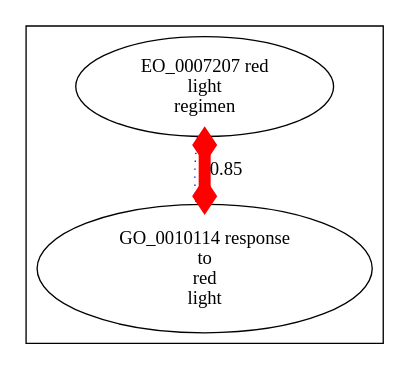
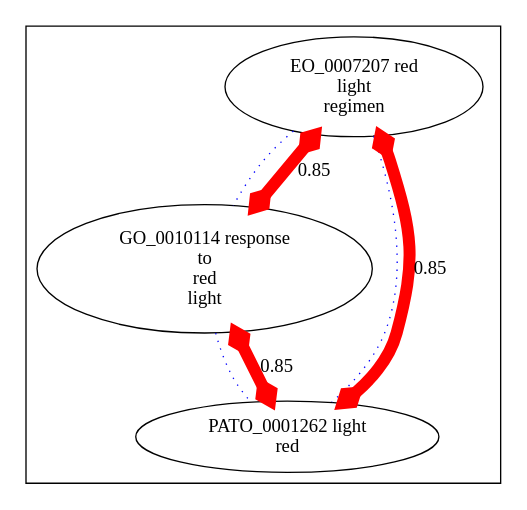
The diagram in target/img-GO_0010114.dot (cmungall/radiation-ontology), drawn with Graphviz before and after one commit. The commit also changed 28 other files, not shown here.

```diff
--- a/target/img-GO_0010114.dot
+++ b/target/img-GO_0010114.dot
@@ -1,11 +1,21 @@
 digraph cliquegraph {
 subgraph cluster_GO_0010114 {GO_0010114 [ label="GO_0010114 response
 to
 red
 light" ];
+PATO_0001262 [ label="PATO_0001262 light
+red" ];
 EO_0007207 [ label="EO_0007207 red
 light
 regimen" ];}
 EO_0007207 -> GO_0010114 [ arrowhead = none, penwidth=1, color=blue, label="", style=dotted]
+
+EO_0007207 -> PATO_0001262 [ arrowhead = none, penwidth=1, color=blue, label="", style=dotted]
+
+GO_0010114 -> PATO_0001262 [ arrowhead = none, penwidth=1, color=blue, label="", style=dotted]
 EO_0007207 -> GO_0010114 [ arrowhead = ediamond, penwidth=9, color=red, label="0.85", style=solid, arrowtail=ediamond, dir=both]
+
+EO_0007207 -> PATO_0001262 [ arrowhead = ediamond, penwidth=9, color=red, label="0.85", style=solid, arrowtail=ediamond, dir=both]
+
+GO_0010114 -> PATO_0001262 [ arrowhead = ediamond, penwidth=9, color=red, label="0.85", style=solid, arrowtail=ediamond, dir=both]
 }
```
